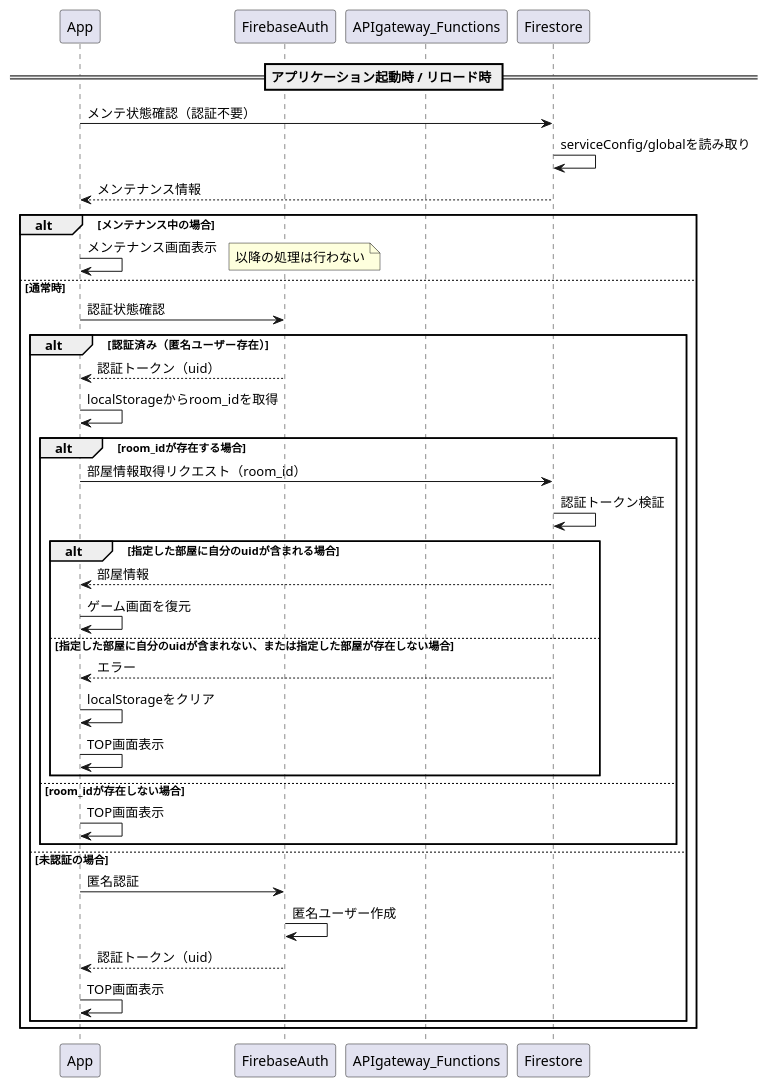
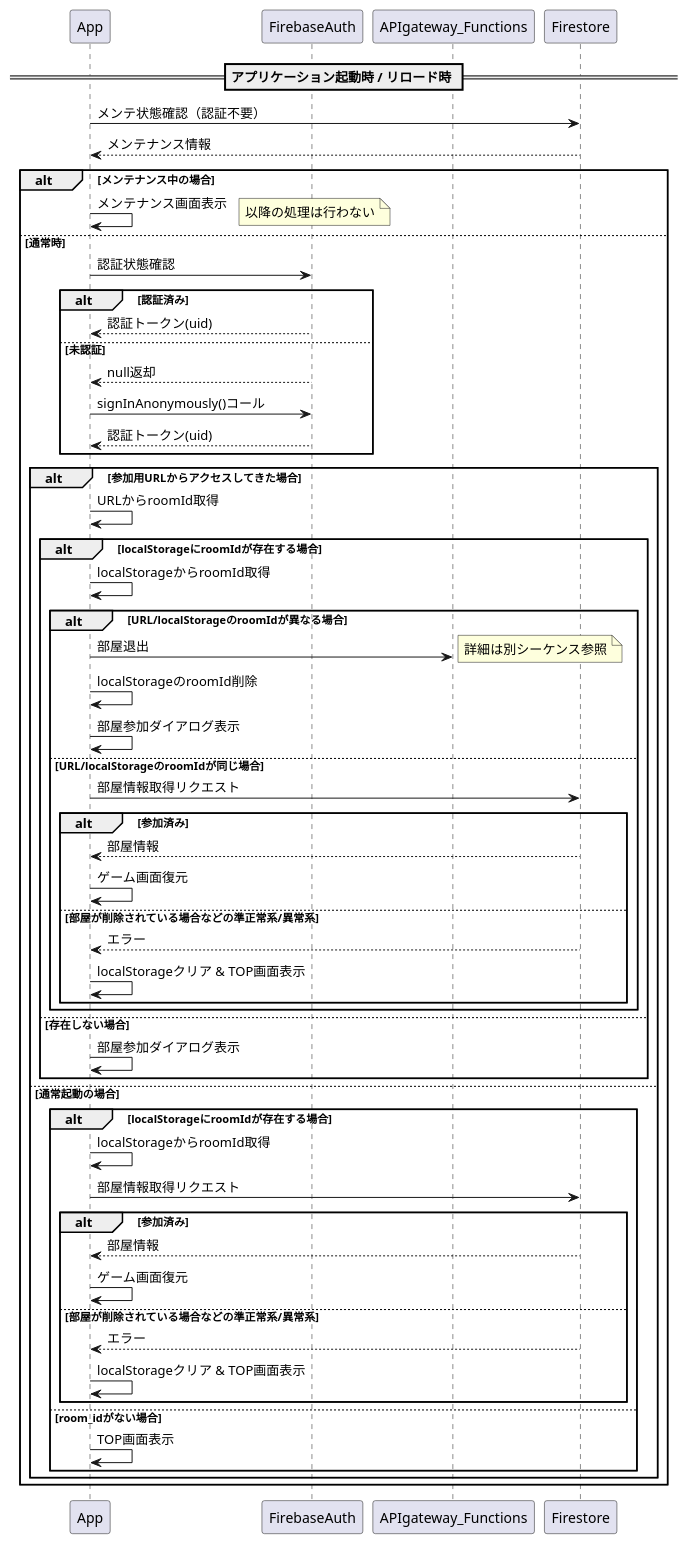
The diagram in doc/sequence/0000_auth.wsd (hi-okuma/bdghub), drawn with PlantUML before and after one commit. The commit also changed 45 other files, not shown here.

```diff
--- a/doc/sequence/0000_auth.wsd
+++ b/doc/sequence/0000_auth.wsd
@@ -1,42 +1,63 @@
 @startuml
 
 participant App
 participant FirebaseAuth
 participant APIgateway_Functions
 participant Firestore
 
 == アプリケーション起動時 / リロード時 ==
 App -> Firestore: メンテ状態確認（認証不要）
-Firestore -> Firestore: serviceConfig/globalを読み取り
 App <-- Firestore: メンテナンス情報
+
 alt メンテナンス中の場合
     App -> App: メンテナンス画面表示
     note right: 以降の処理は行わない
 else 通常時
     App -> FirebaseAuth: 認証状態確認
-        alt 認証済み（匿名ユーザー存在）
-        App <-- FirebaseAuth: 認証トークン（uid）
-        App -> App: localStorageからroom_idを取得
-        alt room_idが存在する場合
-            App -> Firestore: 部屋情報取得リクエスト（room_id）
-            Firestore -> Firestore: 認証トークン検証
-            alt 指定した部屋に自分のuidが含まれる場合
+    alt 認証済み
+        App <-- FirebaseAuth: 認証トークン(uid)
+    else 未認証
+        App <-- FirebaseAuth: null返却
+        App -> FirebaseAuth: signInAnonymously()コール
+        App <-- FirebaseAuth: 認証トークン(uid)
+    end
+    alt 参加用URLからアクセスしてきた場合
+        App -> App: URLからroomId取得
+        alt localStorageにroomIdが存在する場合
+            App -> App: localStorageからroomId取得
+            alt  URL/localStorageのroomIdが異なる場合
+                App -> APIgateway_Functions: 部屋退出
+                note right: 詳細は別シーケンス参照
+                App -> App: localStorageのroomId削除
+                App -> App: 部屋参加ダイアログ表示
+            else URL/localStorageのroomIdが同じ場合
+                App -> Firestore: 部屋情報取得リクエスト
+                alt 参加済み
+                    App <-- Firestore: 部屋情報
+                    App -> App: ゲーム画面復元
+                else 部屋が削除されている場合などの準正常系/異常系
+                    App <-- Firestore: エラー
+                    App -> App: localStorageクリア & TOP画面表示
+                end
+            end
+        else 存在しない場合
+            App -> App: 部屋参加ダイアログ表示
+        end
+    else 通常起動の場合
+        alt localStorageにroomIdが存在する場合
+            App -> App: localStorageからroomId取得
+            App -> Firestore: 部屋情報取得リクエスト
+            alt 参加済み
                 App <-- Firestore: 部屋情報
-                App -> App: ゲーム画面を復元
-            else 指定した部屋に自分のuidが含まれない、または指定した部屋が存在しない場合
+                App -> App: ゲーム画面復元
+            else 部屋が削除されている場合などの準正常系/異常系
                 App <-- Firestore: エラー
-                App -> App: localStorageをクリア
-                App -> App: TOP画面表示
+                App -> App: localStorageクリア & TOP画面表示
             end
-        else room_idが存在しない場合
+        else room_idがない場合
             App -> App: TOP画面表示
         end
-    else 未認証の場合
-        App -> FirebaseAuth: 匿名認証
-        FirebaseAuth -> FirebaseAuth: 匿名ユーザー作成
-        App <-- FirebaseAuth: 認証トークン（uid）
-        App -> App: TOP画面表示
     end
 end
 
 @enduml
```
